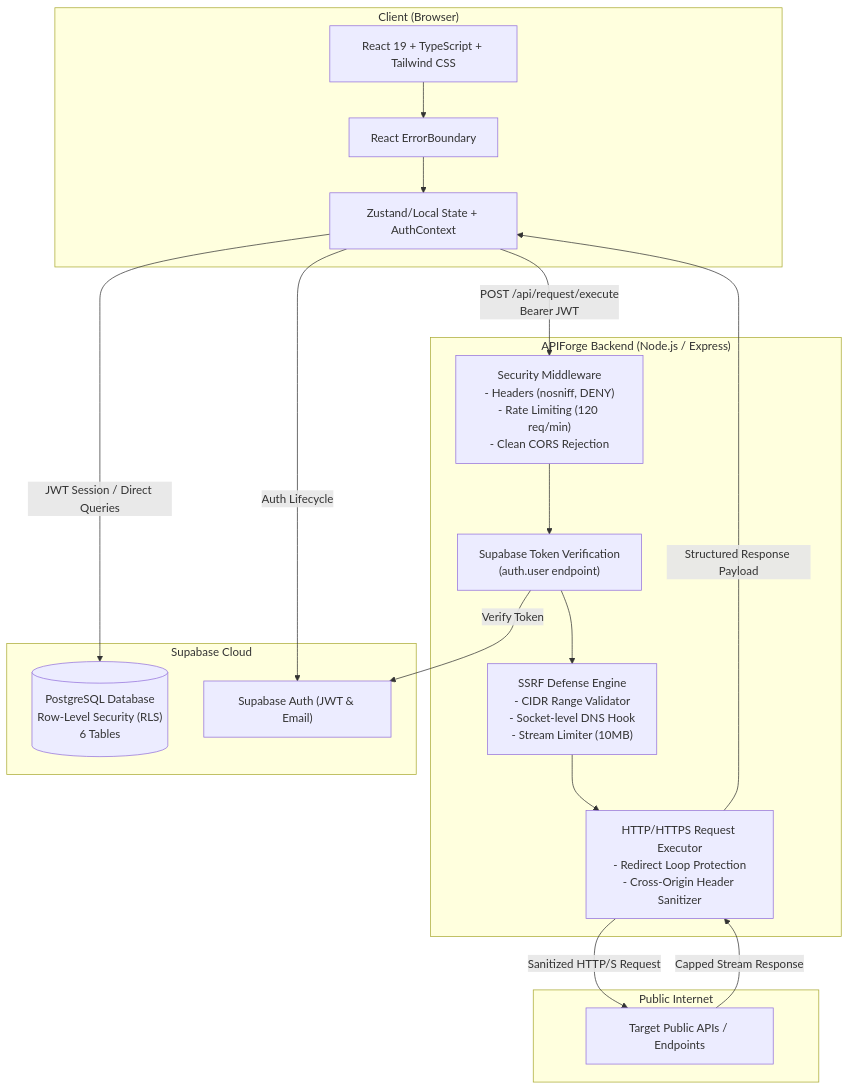
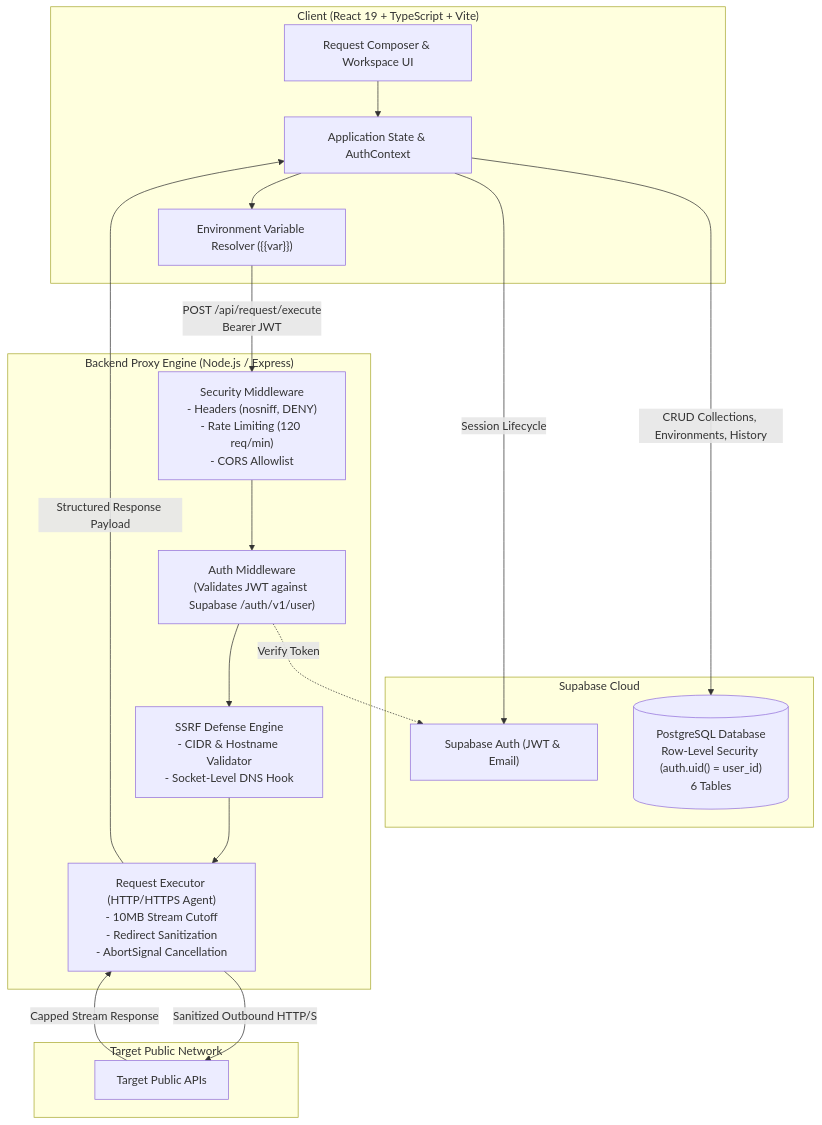
The first of 2 diagrams in README.md (Atharvakadu24/APIForge), drawn with Mermaid before and after one commit. The commit also changed other lines of this file, not shown here.

Commit message:
docs: improve APIForge README

````diff
--- a/README.md
+++ b/README.md
@@ -9,37 +90,37 @@
 ```mermaid
-graph TD
-    subgraph Browser ["Client (Browser)"]
-        UI["React 19 + TypeScript + Tailwind CSS"]
-        EB["React ErrorBoundary"]
-        State["Zustand/Local State + AuthContext"]
-        UI --> EB
-        EB --> State
+flowchart TD
+    subgraph Client ["Client (React 19 + TypeScript + Vite)"]
+        UI["Request Composer & Workspace UI"]
+        State["Application State & AuthContext"]
+        Resolver["Environment Variable Resolver ({{var}})"]
+        UI --> State
+        State --> Resolver
     end
 
     subgraph Supabase ["Supabase Cloud"]
         Auth["Supabase Auth (JWT & Email)"]
-        DB[("PostgreSQL Database\nRow-Level Security (RLS)\n6 Tables")]
+        DB[("PostgreSQL Database\nRow-Level Security (auth.uid() = user_id)\n6 Tables")]
     end
 
-    subgraph Backend ["APIForge Backend (Node.js / Express)"]
-        MW["Security Middleware\n- Headers (nosniff, DENY)\n- Rate Limiting (120 req/min)\n- Clean CORS Rejection"]
-        JWT["Supabase Token Verification\n(auth.user endpoint)"]
-        SSRF["SSRF Defense Engine\n- CIDR Range Validator\n- Socket-level DNS Hook\n- Stream Limiter (10MB)"]
-        Proxy["HTTP/HTTPS Request Executor\n- Redirect Loop Protection\n- Cross-Origin Header Sanitizer"]
+    subgraph Backend ["Backend Proxy Engine (Node.js / Express)"]
+        MW["Security Middleware\n- Headers (nosniff, DENY)\n- Rate Limiting (120 req/min)\n- CORS Allowlist"]
+        AuthCheck["Auth Middleware\n(Validates JWT against Supabase /auth/v1/user)"]
+        SSRF["SSRF Defense Engine\n- CIDR & Hostname Validator\n- Socket-Level DNS Hook"]
+        Exec["Request Executor (HTTP/HTTPS Agent)\n- 10MB Stream Cutoff\n- Redirect Sanitization\n- AbortSignal Cancellation"]
+        MW --> AuthCheck
+        AuthCheck --> SSRF
+        SSRF --> Exec
     end
 
-    subgraph Upstream ["Public Internet"]
-        TargetAPI["Target Public APIs / Endpoints"]
+    subgraph Upstream ["Target Public Network"]
+        TargetAPI["Target Public APIs"]
     end
 
-    State -->|JWT Session / Direct Queries| DB
-    State -->|Auth Lifecycle| Auth
-    State -->|POST /api/request/execute\nBearer JWT| MW
-    MW --> JWT
-    JWT -->|Verify Token| Auth
-    JWT --> SSRF
-    SSRF --> Proxy
-    Proxy -->|Sanitized HTTP/S Request| TargetAPI
-    TargetAPI -->|Capped Stream Response| Proxy
-    Proxy -->|Structured Response Payload| State
+    State -->|Session Lifecycle| Auth
+    State -->|CRUD Collections, Environments, History| DB
+    Resolver -->|POST /api/request/execute\nBearer JWT| MW
+    AuthCheck -.->|Verify Token| Auth
+    Exec -->|Sanitized Outbound HTTP/S| TargetAPI
+    TargetAPI -->|Capped Stream Response| Exec
+    Exec -->|Structured Response Payload| State
 ```
````
